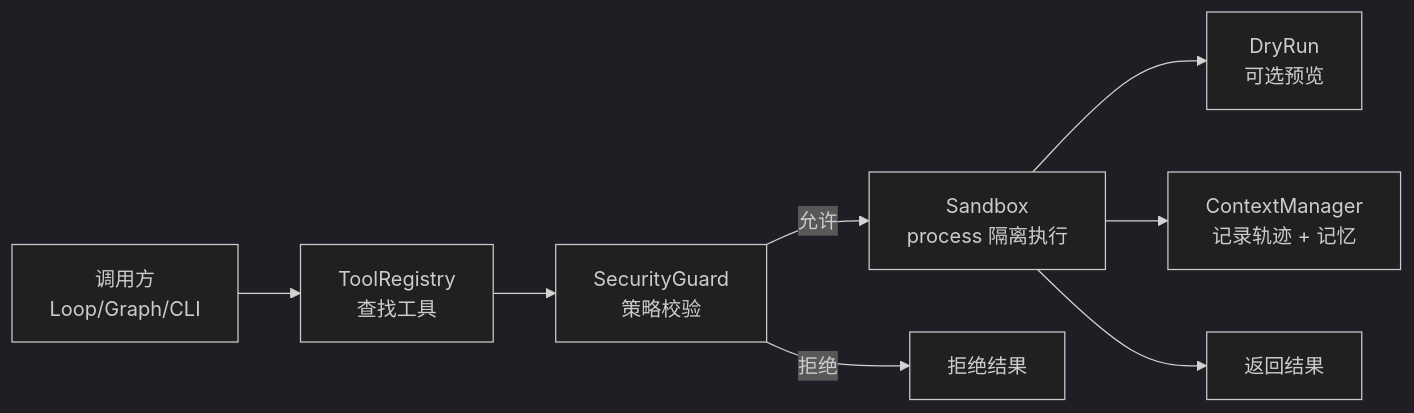
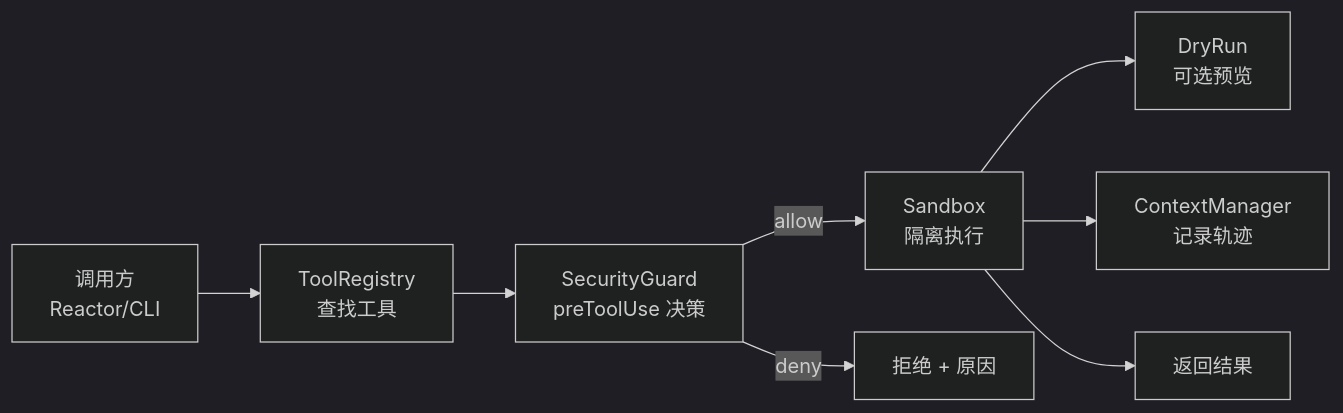
Before and after one commit to searchforsun/sunshinex: the first of 4 diagrams in docs/superpowers/specs/2026-09-03-phase1-harness-design.md, drawn with Mermaid (dark theme). The commit also changed other lines of this file, not shown here.

Commit message:
docs: 吸收 Claude Code 权限沙箱模型并加入最小 Reactor 驱动层

````diff
--- a/docs/superpowers/specs/2026-09-03-phase1-harness-design.md
+++ b/docs/superpowers/specs/2026-09-03-phase1-harness-design.md
@@ -119,10 +128,10 @@
 ```mermaid
 flowchart LR
-  U["调用方<br/>Loop/Graph/CLI"] --> R["ToolRegistry<br/>查找工具"]
-  R --> P["SecurityGuard<br/>策略校验"]
-  P -->|允许| S["Sandbox<br/>process 隔离执行"]
-  P -->|拒绝| E["拒绝结果"]
+  U["调用方<br/>Reactor/CLI"] --> R["ToolRegistry<br/>查找工具"]
+  R --> P["SecurityGuard<br/>preToolUse 决策"]
+  P -->|allow| S["Sandbox<br/>隔离执行"]
+  P -->|deny| E["拒绝 + 原因"]
   S --> D["DryRun<br/>可选预览"]
-  S --> M["ContextManager<br/>记录轨迹 + 记忆"]
+  S --> M["ContextManager<br/>记录轨迹"]
   S --> OUT["返回结果"]
 ```
````
